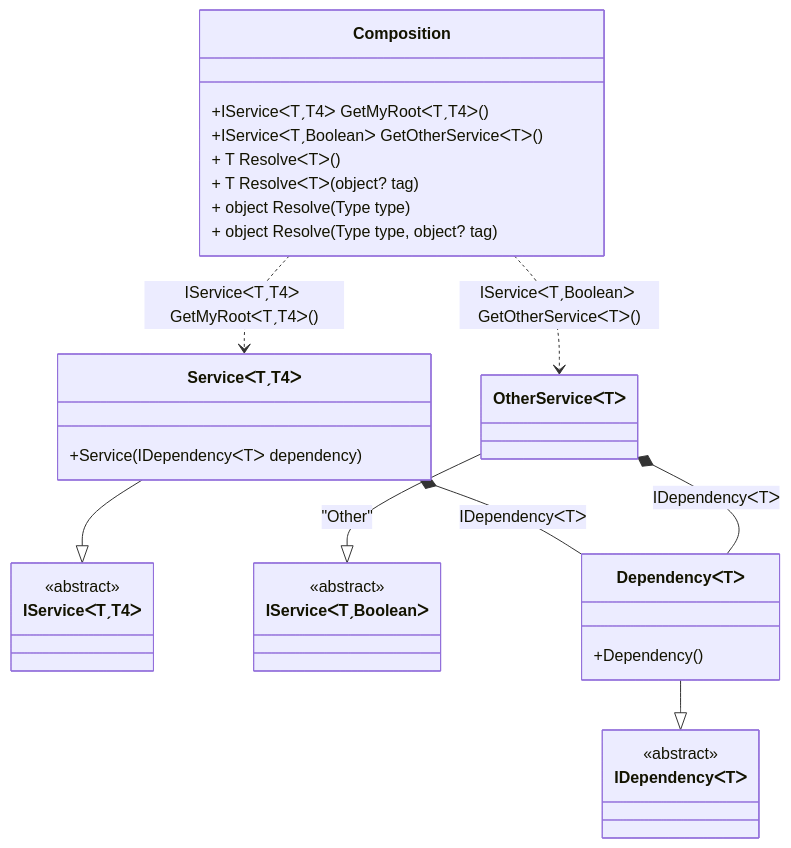
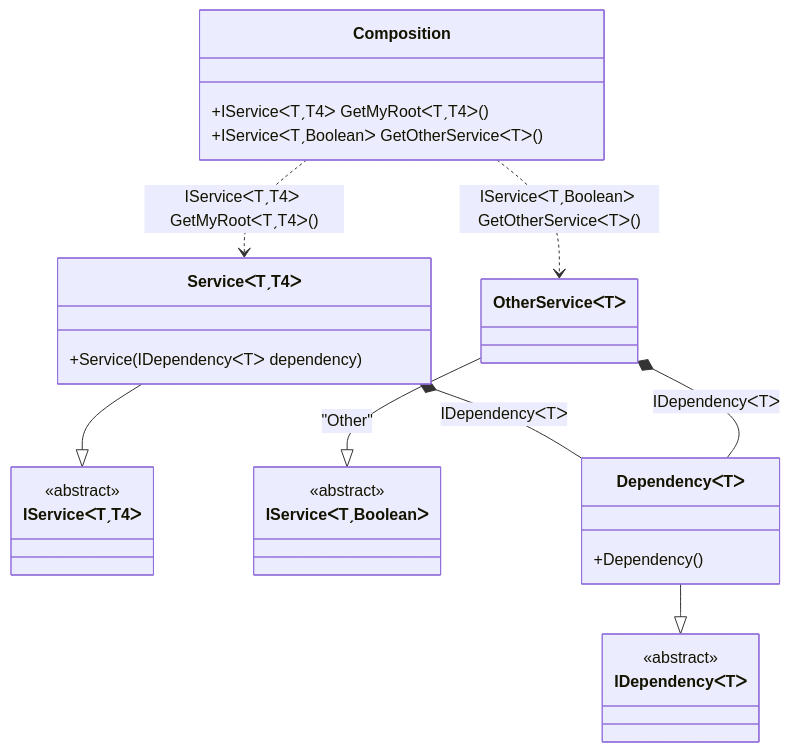
The diagram in readme/generic-composition-roots-with-constraints.md (DevTeam/Pure.DI), drawn with Mermaid before and after one commit. The commit also changed other lines of this file and 89 other files, not shown here.

Commit message:
Displays a warning if a generic root exists, has type arguments, and generates Resolve methods

````diff
--- a/readme/generic-composition-roots-with-constraints.md
+++ b/readme/generic-composition-roots-with-constraints.md
@@ -57,34 +59,30 @@
 ```mermaid
 classDiagram
   class Composition {
     +IServiceᐸTˏT4ᐳ GetMyRootᐸTˏT4ᐳ()
     +IServiceᐸTˏBooleanᐳ GetOtherServiceᐸTᐳ()
-    + T ResolveᐸTᐳ()
-    + T ResolveᐸTᐳ(object? tag)
-    + object Resolve(Type type)
-    + object Resolve(Type type, object? tag)
   }
   ServiceᐸTˏT4ᐳ --|> IServiceᐸTˏT4ᐳ : 
   class ServiceᐸTˏT4ᐳ {
     +Service(IDependencyᐸTᐳ dependency)
   }
   OtherServiceᐸTᐳ --|> IServiceᐸTˏBooleanᐳ : "Other" 
   class OtherServiceᐸTᐳ
   DependencyᐸTᐳ --|> IDependencyᐸTᐳ : 
   class DependencyᐸTᐳ {
     +Dependency()
   }
   class IServiceᐸTˏT4ᐳ {
     <<abstract>>
   }
   class IServiceᐸTˏBooleanᐳ {
     <<abstract>>
   }
   class IDependencyᐸTᐳ {
     <<abstract>>
   }
   Composition ..> ServiceᐸTˏT4ᐳ : IServiceᐸTˏT4ᐳ GetMyRootᐸTˏT4ᐳ()
   Composition ..> OtherServiceᐸTᐳ : IServiceᐸTˏBooleanᐳ GetOtherServiceᐸTᐳ()
   ServiceᐸTˏT4ᐳ *--  DependencyᐸTᐳ : IDependencyᐸTᐳ
   OtherServiceᐸTᐳ *--  DependencyᐸTᐳ : IDependencyᐸTᐳ
 ```
````
